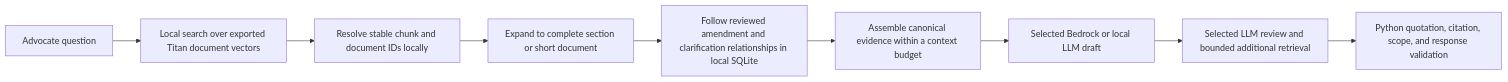
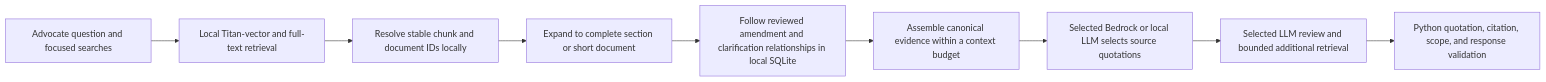
Before and after one commit to swkarlekar/health-research-oracle-public: the second of 2 diagrams in docs/architecture.md, drawn with Mermaid. The commit also changed other lines of this file and 30 other files, not shown here.

First line of the commit message:
Preserve experimental advocate prompt and retrieval candidate

````diff
--- a/docs/architecture.md
+++ b/docs/architecture.md
@@ -26,11 +28,11 @@
 ```mermaid
 flowchart LR
-    Q[Advocate question] --> R[Local search over exported Titan document vectors]
+    Q[Advocate question and focused searches] --> R[Local Titan-vector and full-text retrieval]
     R --> I[Resolve stable chunk and document IDs locally]
     I --> E[Expand to complete section or short document]
     E --> G[Follow reviewed amendment and clarification relationships in local SQLite]
     G --> P[Assemble canonical evidence within a context budget]
-    P --> D[Selected Bedrock or local LLM draft]
+    P --> D[Selected Bedrock or local LLM selects source quotations]
     D --> V[Selected LLM review and bounded additional retrieval]
     V --> C[Python quotation, citation, scope, and response validation]
 ```
````
